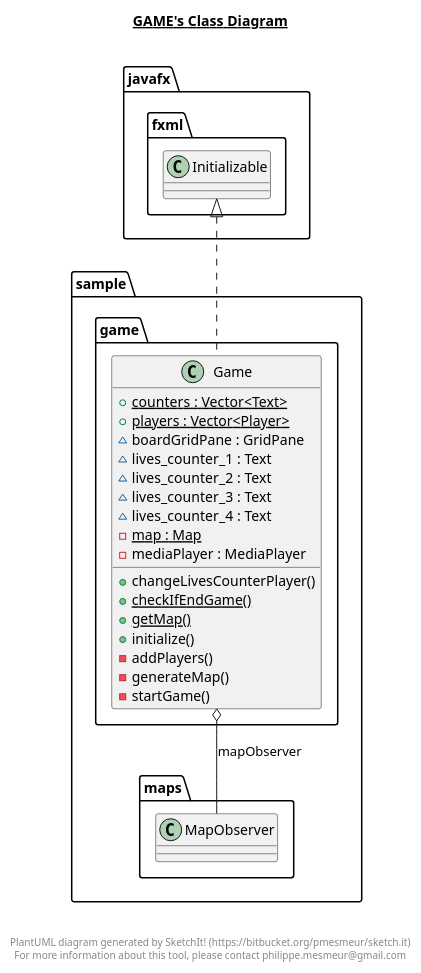
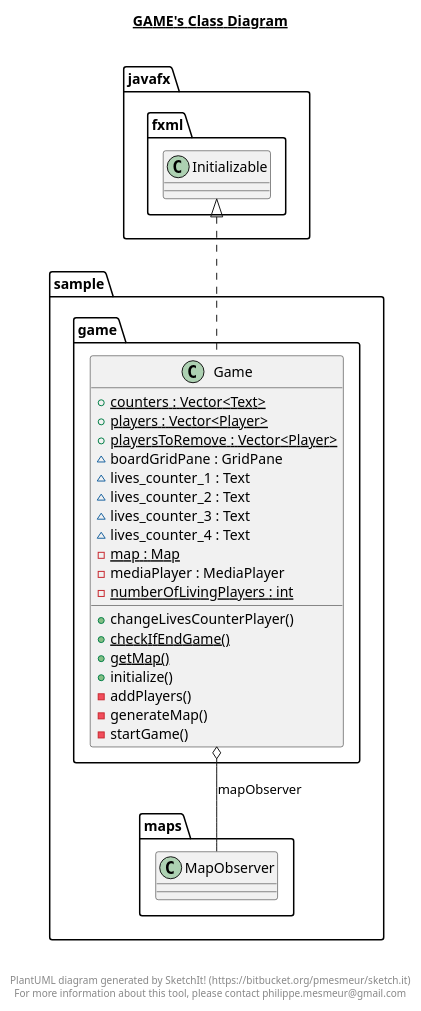
Before and after one commit to enshin258/Bomberman: the diagram in src/main/java/sample/game/game.plantuml, drawn with PlantUML. The commit also changed 17 other files, not shown here.

```diff
--- a/src/main/java/sample/game/game.plantuml
+++ b/src/main/java/sample/game/game.plantuml
@@ -1,38 +1,40 @@
 @startuml
 
 title __GAME's Class Diagram__\n
 
   namespace sample.game {
     class sample.game.Game {
         {static} + counters : Vector<Text>
         {static} + players : Vector<Player>
+        {static} + playersToRemove : Vector<Player>
         ~ boardGridPane : GridPane
         ~ lives_counter_1 : Text
         ~ lives_counter_2 : Text
         ~ lives_counter_3 : Text
         ~ lives_counter_4 : Text
         {static} - map : Map
         - mediaPlayer : MediaPlayer
+        {static} - numberOfLivingPlayers : int
         + changeLivesCounterPlayer()
         {static} + checkIfEndGame()
         {static} + getMap()
         + initialize()
         - addPlayers()
         - generateMap()
         - startGame()
     }
   }
   
 
   sample.game.Game .up.|> javafx.fxml.Initializable
   sample.game.Game o-- sample.maps.MapObserver : mapObserver
 
 
 right footer
 
 
 PlantUML diagram generated by SketchIt! (https://bitbucket.org/pmesmeur/sketch.it)
 For more information about this tool, please contact philippe.mesmeur@gmail.com
 endfooter
 
 @enduml
```
